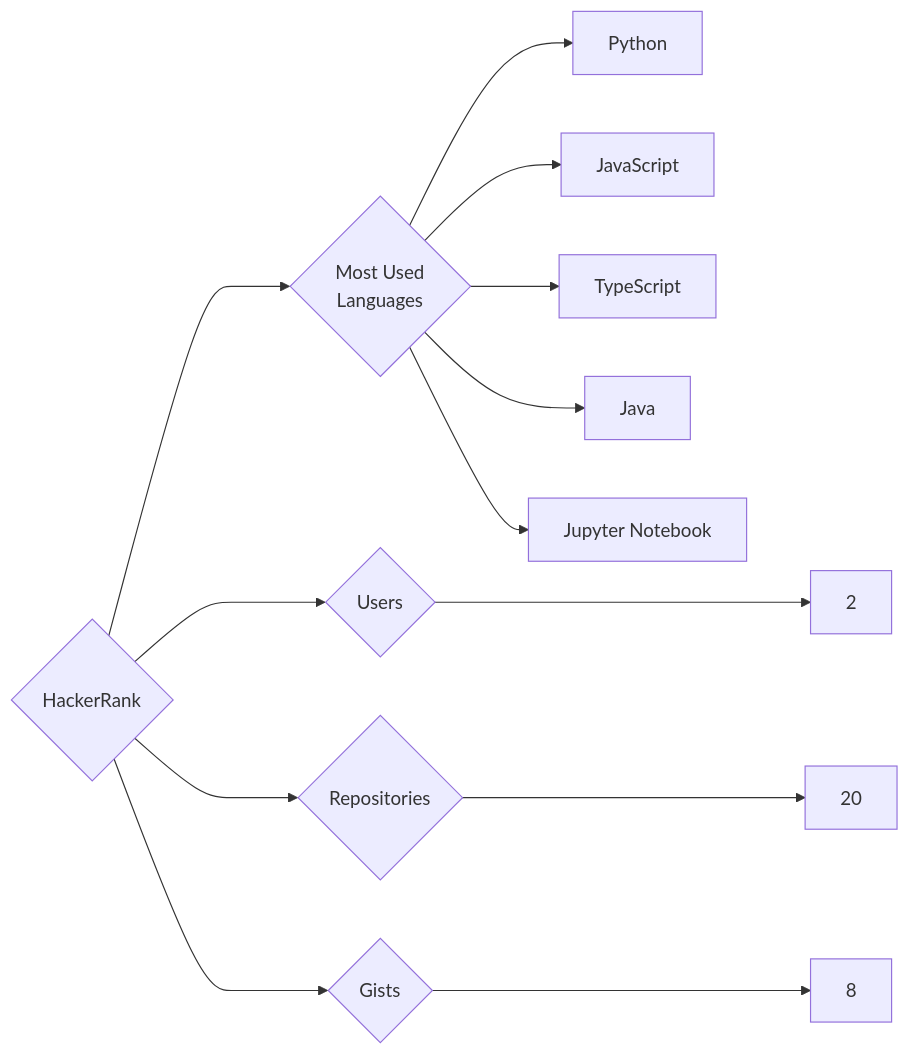
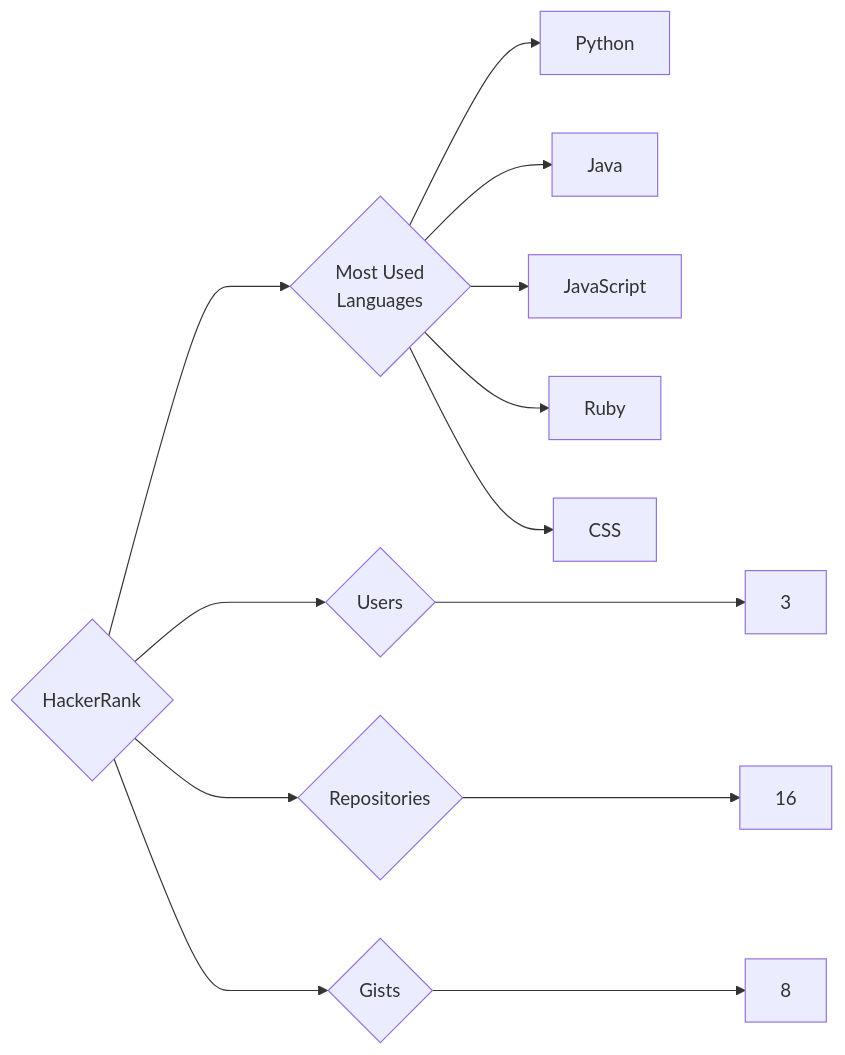
One commit to trickest/insiders changed the diagram in targets/HackerRank/README.md. Above: the diagram before and after it, drawn with Mermaid. The commit also changed 682 other files, not shown here.

````diff
--- a/targets/HackerRank/README.md
+++ b/targets/HackerRank/README.md
@@ -3,13 +3,13 @@
 ```mermaid
 graph LR
 COMPANY_NAME{HackerRank}
-COMPANY_NAME ---> U{Users} ---> UN[2]
-COMPANY_NAME ---> R{Repositories} ---> RN[20]
+COMPANY_NAME ---> U{Users} ---> UN[3]
+COMPANY_NAME ---> R{Repositories} ---> RN[16]
 COMPANY_NAME ---> G{Gists} ---> GN[8]
 COMPANY_NAME ---> ML{Most Used<br>Languages}
 ML --> Python[Python]
+ML --> Java[Java]
 ML --> JavaScript[JavaScript]
-ML --> TypeScript[TypeScript]
-ML --> Java[Java]
-ML --> Jupyter_Notebook[Jupyter Notebook]
+ML --> Ruby[Ruby]
+ML --> CSS[CSS]
 ```
````
